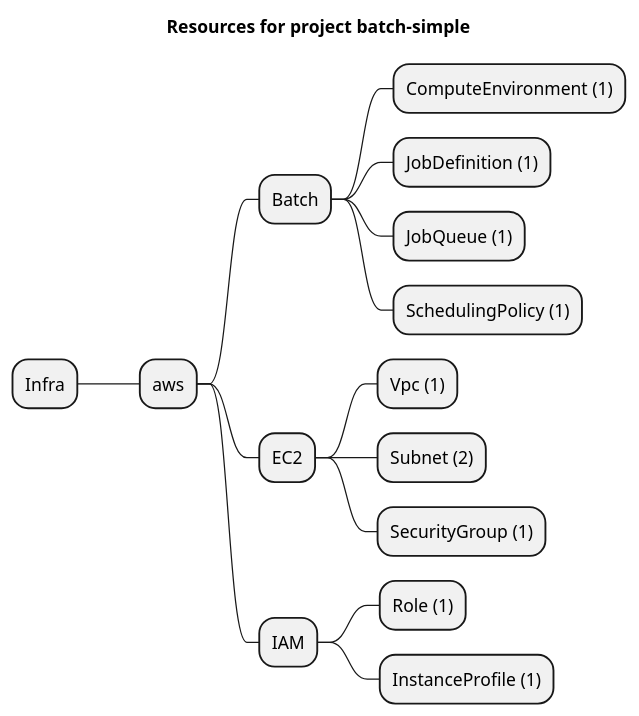
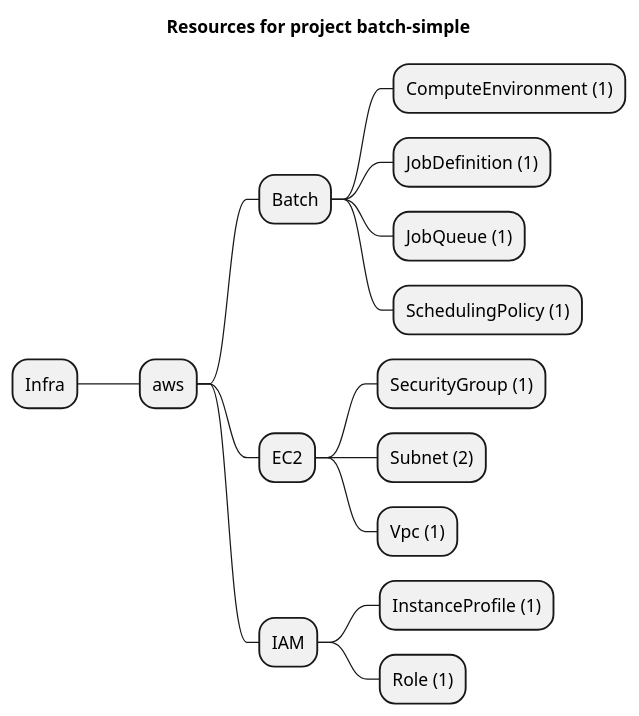
One commit to grucloud/grucloud changed the diagram in examples/aws/Batch/batch-simple/artifacts/resources-mindmap.puml. Above: the diagram before and after it, drawn with PlantUML. The commit also changed other lines of this file and 19 other files, not shown here.

```diff
--- a/examples/aws/Batch/batch-simple/artifacts/resources-mindmap.puml
+++ b/examples/aws/Batch/batch-simple/artifacts/resources-mindmap.puml
@@ -1,18 +1,18 @@
 @startmindmap
 title Resources for project batch-simple
 skinparam monochrome true
 + Infra
 ++ aws
 +++ Batch
 ++++ ComputeEnvironment (1)
 ++++ JobDefinition (1)
 ++++ JobQueue (1)
 ++++ SchedulingPolicy (1)
 +++ EC2
+++++ SecurityGroup (1)
+++++ Subnet (2)
 ++++ Vpc (1)
-++++ Subnet (2)
-++++ SecurityGroup (1)
 +++ IAM
+++++ InstanceProfile (1)
 ++++ Role (1)
-++++ InstanceProfile (1)
 @endmindmap
```
